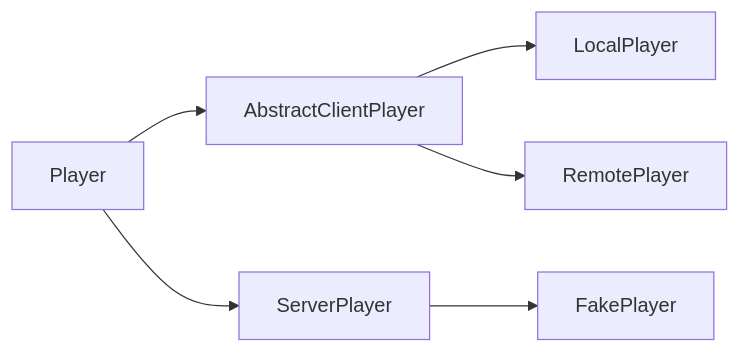
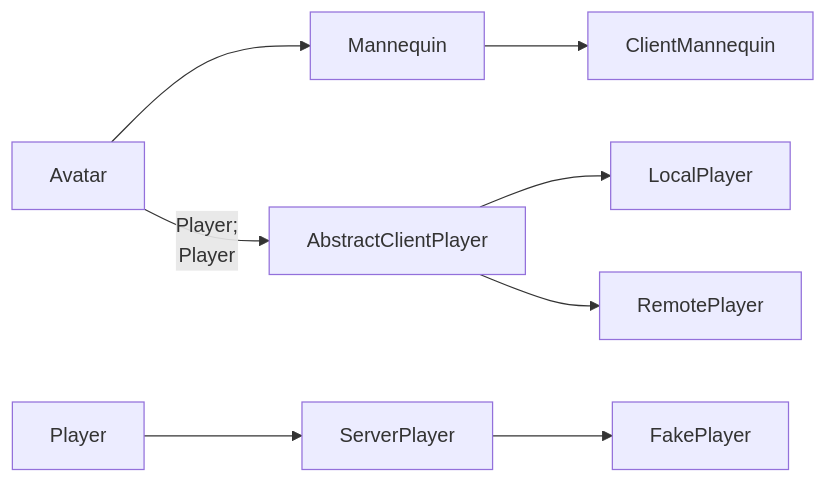
One commit to neoforged/Documentation changed the third of 3 diagrams in docs/entities/livingentity.md. Above: the diagram before and after it, drawn with Mermaid. The commit also changed other lines of this file and 149 other files, not shown here.

````diff
--- a/docs/entities/livingentity.md
+++ b/docs/entities/livingentity.md
@@ -179,11 +180,14 @@
 ```mermaid
 graph LR;
+    Avatar-->Mannequin;
+    Mannequin-->ClientMannequin;
+    Avatar--Player;
     Player-->AbstractClientPlayer;
     AbstractClientPlayer-->LocalPlayer;
     AbstractClientPlayer-->RemotePlayer;
     Player-->ServerPlayer;
     ServerPlayer-->FakePlayer;
     
-    class Player,AbstractClientPlayer red;
-    class LocalPlayer,RemotePlayer,ServerPlayer,FakePlayer blue;
+    class Avatar,Player,AbstractClientPlayer red;
+    class ClientMannequin,LocalPlayer,RemotePlayer,ServerPlayer,FakePlayer blue;
 ```
````
